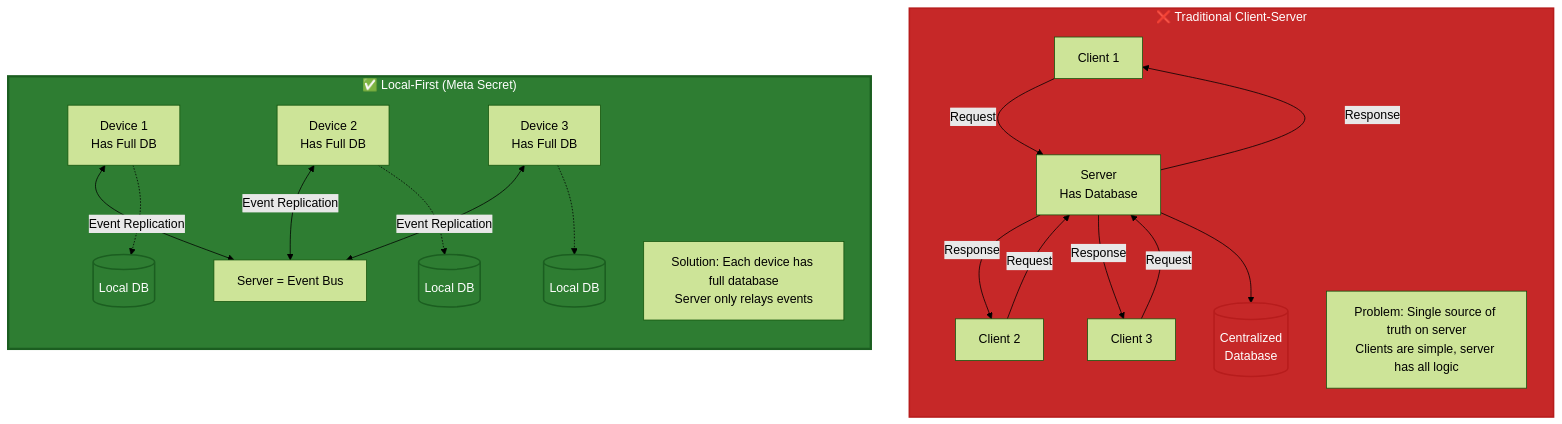
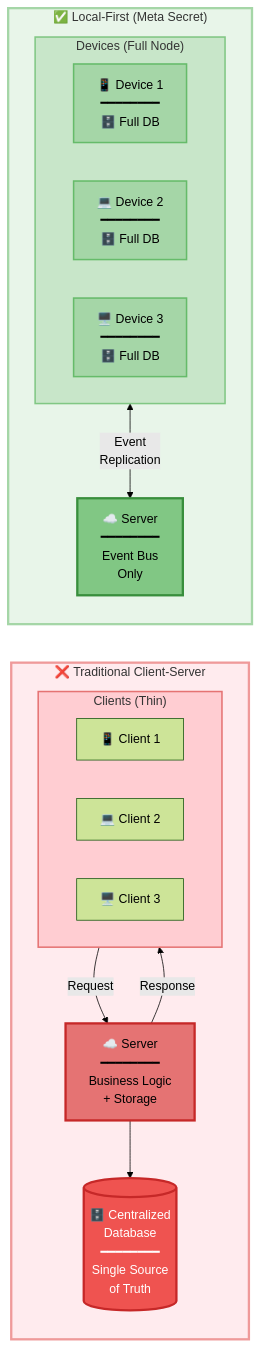
The tenth of 12 diagrams in docs/meta-secret-technical-presentation.md (meta-secret/meta-secret-core), drawn with Mermaid (forest theme) before and after one commit.

Commit message:
improvements

````diff
--- a/docs/meta-secret-technical-presentation.md
+++ b/docs/meta-secret-technical-presentation.md
@@ -532,36 +532,42 @@
 ```mermaid
-flowchart TB
+flowchart LR
     subgraph TRAD["❌ Traditional Client-Server"]
         direction TB
-        C1[Client 1] -->|Request| SRV[Server<br/>Has Database]
-        C2[Client 2] -->|Request| SRV
-        C3[Client 3] -->|Request| SRV
-        SRV -->|Response| C1
-        SRV -->|Response| C2
-        SRV -->|Response| C3
         
-        SRV --> DB[(Centralized<br/>Database)]
+        subgraph CLIENTS1["Clients (Thin)"]
+            C1[📱 Client 1]
+            C2[💻 Client 2]
+            C3[🖥️ Client 3]
+        end
         
-        NOTE1[Problem: Single source of truth on server<br/>Clients are simple, server has all logic]
+        CLIENTS1 -->|Request| SRV[☁️ Server<br/>━━━━━━━━<br/>Business Logic<br/>+ Storage]
+        SRV -->|Response| CLIENTS1
+        
+        SRV --> DB[(🗄️ Centralized<br/>Database<br/>━━━━━━━━<br/>Single Source<br/>of Truth)]
+        
+        style SRV fill:#e57373,color:#000,stroke:#c62828,stroke-width:3px
+        style DB fill:#ef5350,color:#fff,stroke:#c62828,stroke-width:3px
+        style CLIENTS1 fill:#ffcdd2,stroke:#e57373,stroke-width:2px
     end
     
     subgraph LOCAL["✅ Local-First (Meta Secret)"]
         direction TB
-        D1[Device 1<br/>Has Full DB] <-->|Event Replication| BUS[Server = Event Bus]
-        D2[Device 2<br/>Has Full DB] <-->|Event Replication| BUS
-        D3[Device 3<br/>Has Full DB] <-->|Event Replication| BUS
         
-        D1 -.-> L1[(Local DB)]
-        D2 -.-> L2[(Local DB)]
-        D3 -.-> L3[(Local DB)]
+        subgraph DEVICES["Devices (Full Node)"]
+            D1["📱 Device 1<br/>━━━━━━━━<br/>🗄️ Full DB"]
+            D2["💻 Device 2<br/>━━━━━━━━<br/>🗄️ Full DB"]
+            D3["🖥️ Device 3<br/>━━━━━━━━<br/>🗄️ Full DB"]
+        end
         
-        NOTE2[Solution: Each device has full database<br/>Server only relays events]
+        DEVICES <-->|Event<br/>Replication| BUS[☁️ Server<br/>━━━━━━━━<br/>Event Bus<br/>Only]
+        
+        style BUS fill:#81c784,color:#000,stroke:#388e3c,stroke-width:3px
+        style D1 fill:#a5d6a7,color:#000,stroke:#66bb6a,stroke-width:2px
+        style D2 fill:#a5d6a7,color:#000,stroke:#66bb6a,stroke-width:2px
+        style D3 fill:#a5d6a7,color:#000,stroke:#66bb6a,stroke-width:2px
+        style DEVICES fill:#c8e6c9,stroke:#81c784,stroke-width:2px
     end
     
-    style TRAD fill:#c62828,color:#fff,stroke:#b71c1c,stroke-width:2px
-    style LOCAL fill:#2e7d32,color:#fff,stroke:#1b5e20,stroke-width:3px
-    style DB fill:#c62828,color:#fff,stroke:#b71c1c,stroke-width:2px
-    style L1 fill:#2e7d32,color:#fff,stroke:#1b5e20,stroke-width:2px
-    style L2 fill:#2e7d32,color:#fff,stroke:#1b5e20,stroke-width:2px
-    style L3 fill:#2e7d32,color:#fff,stroke:#1b5e20,stroke-width:2px
+    style TRAD fill:#ffebee,stroke:#ef9a9a,stroke-width:3px
+    style LOCAL fill:#e8f5e9,stroke:#a5d6a7,stroke-width:3px
 ```
````
